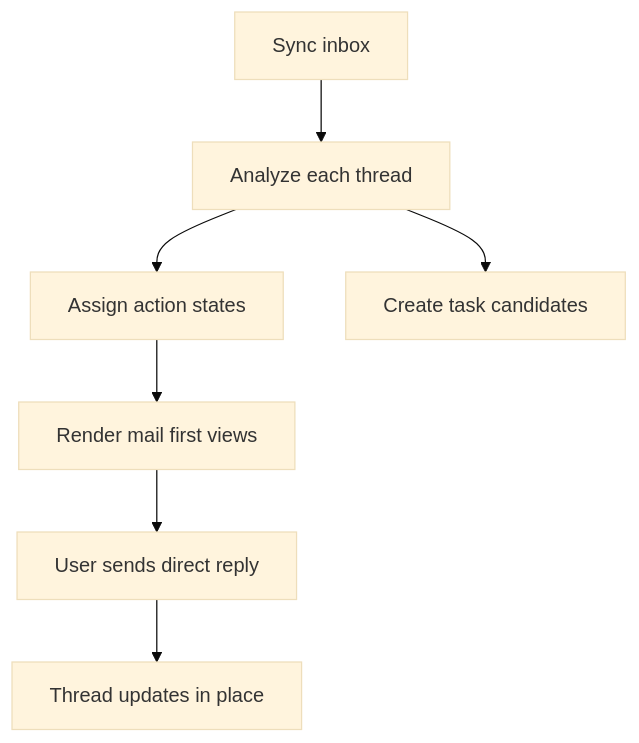
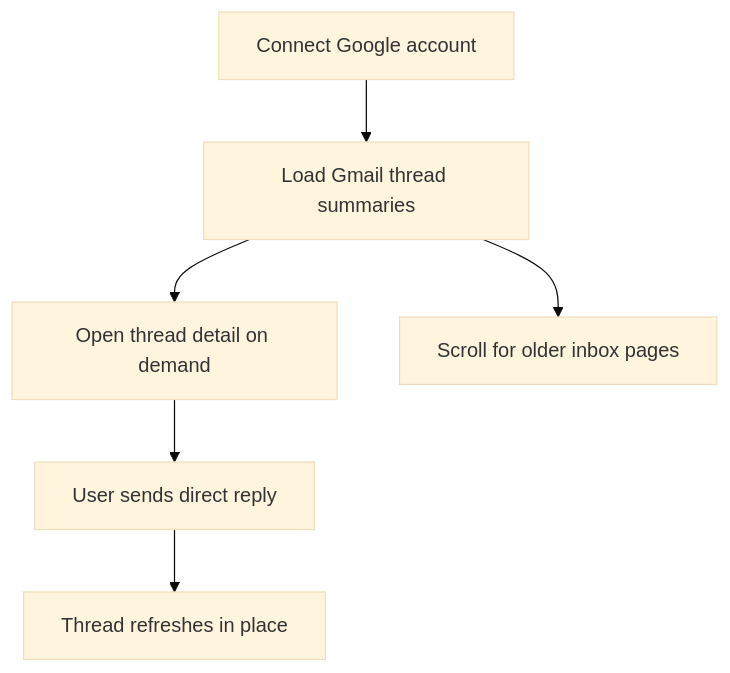
Before and after one commit to ruoliu2/InboxOS: the second of 2 diagrams in README.md, drawn with Mermaid (base theme). The commit also changed other lines of this file and 4 other files, not shown here.

Commit message:
Document Google auth and summary-first Gmail loading

````diff
--- a/README.md
+++ b/README.md
@@ -36,9 +37,8 @@
 ```mermaid
 graph TD
-A1["Sync inbox"] --> B1["Analyze each thread"]
-B1 --> C1["Assign action states"]
-B1 --> D1["Create task candidates"]
-C1 --> E1["Render mail first views"]
-E1 --> F1["User sends direct reply"]
-F1 --> G1["Thread updates in place"]
+A1["Connect Google account"] --> B1["Load Gmail thread summaries"]
+B1 --> C1["Open thread detail on demand"]
+B1 --> D1["Scroll for older inbox pages"]
+C1 --> E1["User sends direct reply"]
+E1 --> F1["Thread refreshes in place"]
 ```
````
